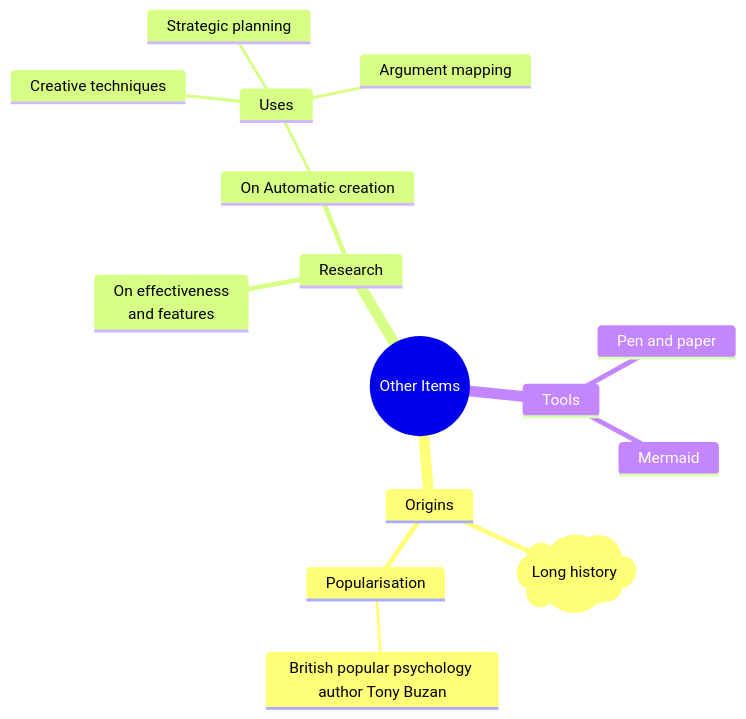
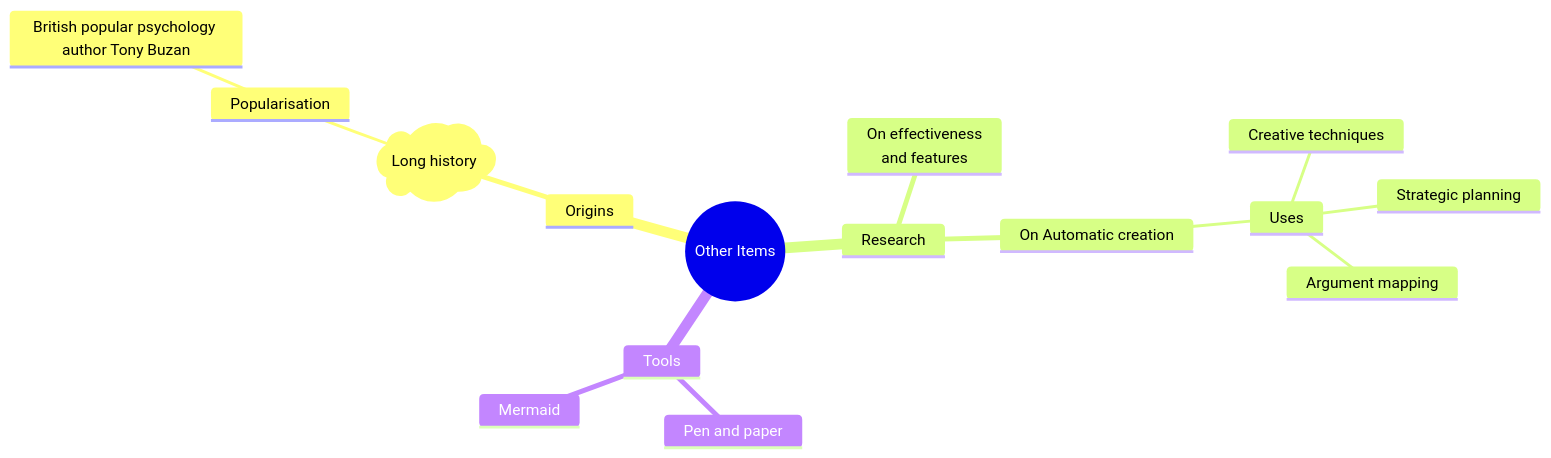
One commit to gerbssusd/dok changed the diagram in slides.md. Above: the diagram before and after it, drawn with Mermaid.

````diff
--- a/slides.md
+++ b/slides.md
@@ -217,22 +217,22 @@
 ```mermaid
 mindmap
   root((Other Items))
     Origins
       )Long history(
-      Popularisation
+       Popularisation
         British popular psychology author Tony Buzan
     Research
       On effectiveness<br/>and features
       On Automatic creation
         Uses
             Creative techniques
             Strategic planning
             Argument mapping
     Tools
       Pen and paper
       Mermaid
 
 
 
 
 ```
````
